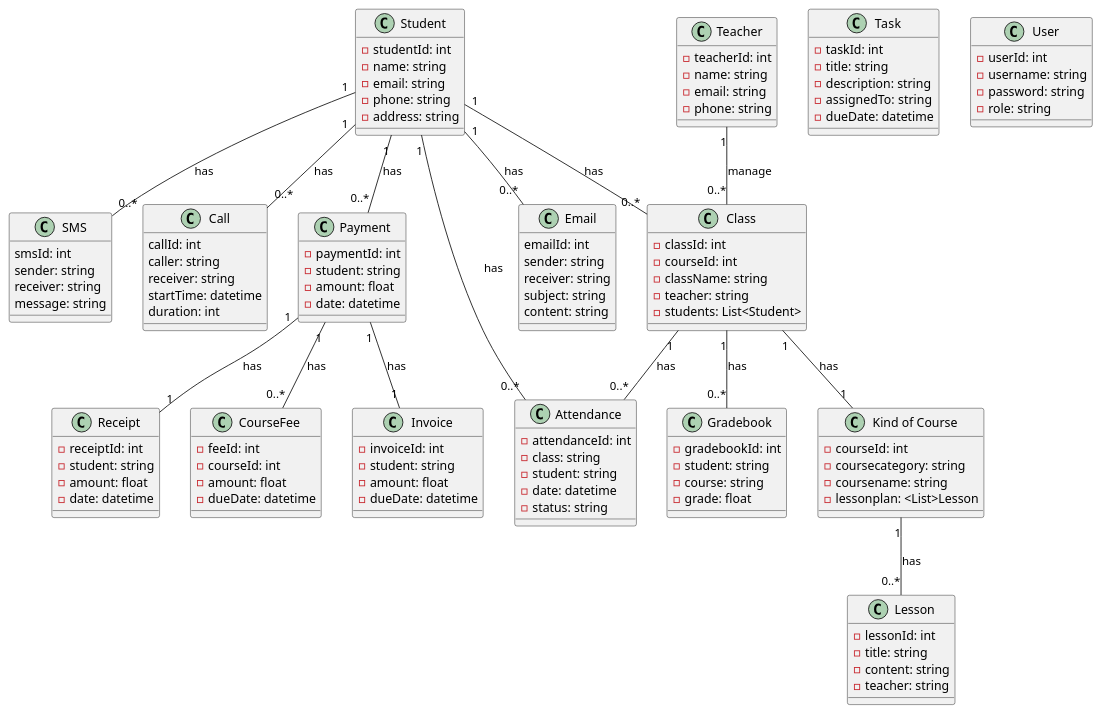
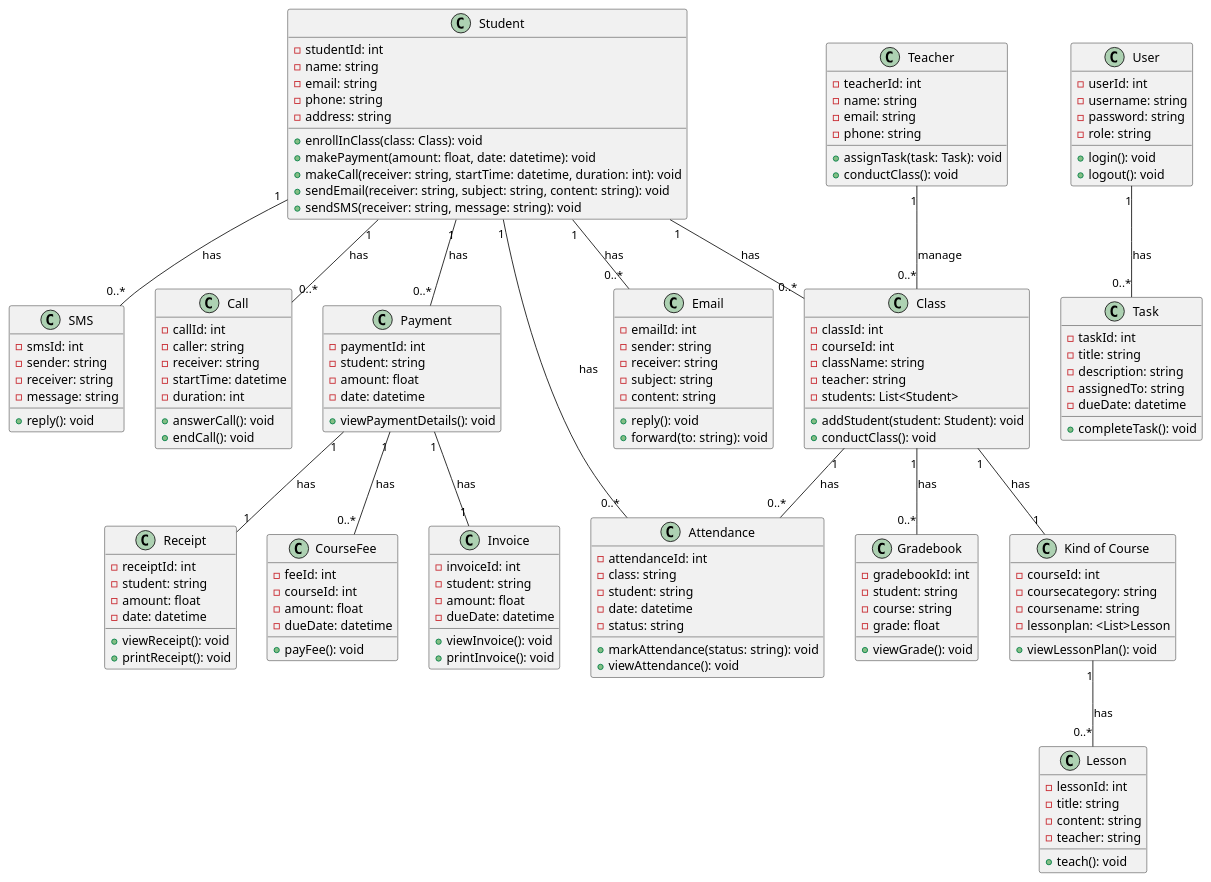
Before and after one commit to quynhnhu-172002/SE357-Pratice-class: the diagram in LAB 1/Lab 1.2/Class/Class Diagram.md, drawn with PlantUML.

Commit message:
Update Class Diagram.md

```diff
--- a/LAB 1/Lab 1.2/Class/Class Diagram.md
+++ b/LAB 1/Lab 1.2/Class/Class Diagram.md
@@ -5,101 +5,144 @@
   - email: string
   - phone: string
   - address: string
+  + enrollInClass(class: Class): void
+  + makePayment(amount: float, date: datetime): void
+  + makeCall(receiver: string, startTime: datetime, duration: int): void
+  + sendEmail(receiver: string, subject: string, content: string): void
+  + sendSMS(receiver: string, message: string): void
 }
+
 class "Call" as Call {
-  callId: int
-  caller: string
-  receiver: string
-  startTime: datetime
-  duration: int 
+  - callId: int
+  - caller: string
+  - receiver: string
+  - startTime: datetime
+  - duration: int
+  + answerCall(): void
+  + endCall(): void
 }
+
 class "Email" as Email {
-  emailId: int
-  sender: string
-  receiver: string
-  subject: string
-  content: string 
+  - emailId: int
+  - sender: string
+  - receiver: string
+  - subject: string
+  - content: string
+  + reply(): void
+  + forward(to: string): void
 }
+
 class "SMS" as SMS {
-  smsId: int
-  sender: string
-  receiver: string
-  message: string 
+  - smsId: int
+  - sender: string
+  - receiver: string
+  - message: string
+  + reply(): void
 }
+
 class "Task" as Task {
   - taskId: int
   - title: string
   - description: string
   - assignedTo: string
   - dueDate: datetime
+  + completeTask(): void
 }
+
 class "Teacher" as Teacher {
   - teacherId: int
   - name: string
   - email: string
   - phone: string
+  + assignTask(task: Task): void
+  + conductClass(): void
 }
+
 class "Lesson" as Lesson {
   - lessonId: int
   - title: string
   - content: string
   - teacher: string
+  + teach(): void
 }
+
 class "Class" as Class {
   - classId: int
   - courseId: int
   - className: string
   - teacher: string
   - students: List<Student>
+  + addStudent(student: Student): void
+  + conductClass(): void
 }
+
 class "CourseFee" as CourseFee {
   - feeId: int
   - courseId: int
   - amount: float
   - dueDate: datetime
+  + payFee(): void
 }
+
 class "Gradebook" as Gradebook {
   - gradebookId: int
   - student: string
   - course: string
   - grade: float
+  + viewGrade(): void
 }
+
 class "Attendance" as Attendance {
   - attendanceId: int
   - class: string
   - student: string
   - date: datetime
   - status: string
+  + markAttendance(status: string): void
+  + viewAttendance(): void
 }
+
 class "Payment" as Payment {
   - paymentId: int
   - student: string
   - amount: float
   - date: datetime
+  + viewPaymentDetails(): void
 }
+
 class "Invoice" as Invoice {
   - invoiceId: int
   - student: string
   - amount: float
   - dueDate: datetime
+  + viewInvoice(): void
+  + printInvoice(): void
 }
+
 class "Receipt" as Receipt {
   - receiptId: int
   - student: string
   - amount: float
   - date: datetime
+  + viewReceipt(): void
+  + printReceipt(): void
 }
+
 class "User" as User {
   - userId: int
   - username: string
   - password: string
   - role: string
+  + login(): void
+  + logout(): void
 }
+
 class "Kind of Course" as KindofCourse {
   - courseId: int
   - coursecategory: string
   - coursename: string
   - lessonplan: <List>Lesson
+  + viewLessonPlan(): void
 }
 
 Student "1" -- "0..*" Class: has
@@ -116,4 +159,5 @@
 Class "1" -- "1" KindofCourse : has
 KindofCourse "1" -- "0..*" Lesson : has
 Student "1" -- "0..*" Attendance : has
+User "1" -- "0..*" Task: has
 @enduml
```
